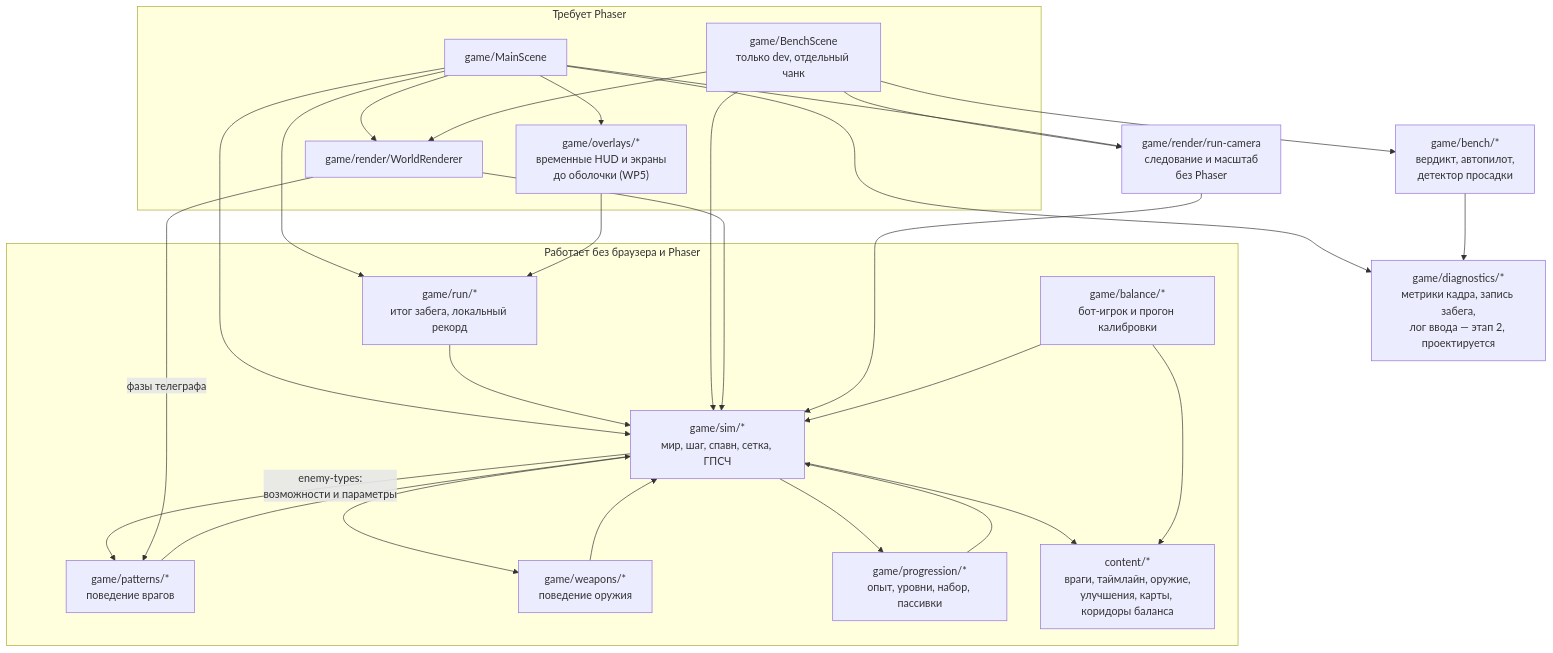
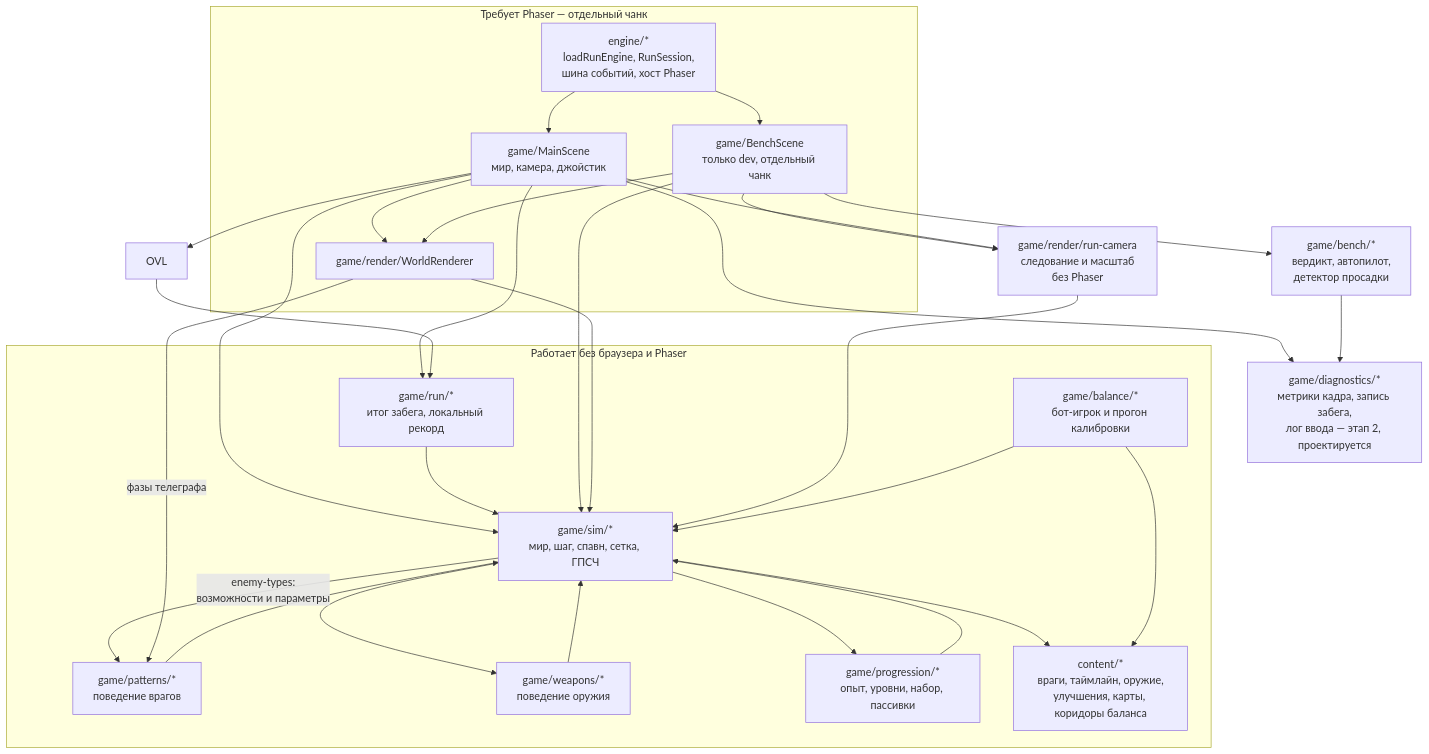
Before and after one commit to JJSGxKD/rubezh: the sixth of 18 diagrams in docs/21-diagrams.md, drawn with Mermaid. The commit also changed other lines of this file and 100 other files, not shown here.

````diff
--- a/docs/21-diagrams.md
+++ b/docs/21-diagrams.md
@@ -407,50 +412,52 @@
 ```mermaid
 flowchart TD
     subgraph headless["Работает без браузера и Phaser"]
         SIM["game/sim/*<br/>мир, шаг, спавн, сетка, ГПСЧ"]
         PAT["game/patterns/*<br/>поведение врагов"]
         WPN["game/weapons/*<br/>поведение оружия"]
         PRG["game/progression/*<br/>опыт, уровни, набор, пассивки"]
         RUN["game/run/*<br/>итог забега, локальный рекорд"]
         BAL["game/balance/*<br/>бот-игрок и прогон калибровки"]
         CNT["content/*<br/>враги, таймлайн, оружие,<br/>улучшения, карты, коридоры баланса"]
     end
 
-    subgraph rendered["Требует Phaser"]
-        MS["game/MainScene"]
-        OVL["game/overlays/*<br/>временные HUD и экраны<br/>до оболочки (WP5)"]
+    subgraph rendered["Требует Phaser — отдельный чанк"]
+        ENG["engine/*<br/>loadRunEngine, RunSession,<br/>шина событий, хост Phaser"]
+        MS["game/MainScene<br/>мир, камера, джойстик"]
         BS["game/BenchScene<br/>только dev, отдельный чанк"]
         WR["game/render/WorldRenderer"]
     end
 
     RC["game/render/run-camera<br/>следование и масштаб<br/>без Phaser"]
 
     BM["game/bench/*<br/>вердикт, автопилот,<br/>детектор просадки"]
     DG["game/diagnostics/*<br/>метрики кадра, запись забега,<br/>лог ввода — этап 2, проектируется"]
 
     PAT --> SIM
     SIM -- "enemy-types:<br/>возможности и параметры" --> PAT
     WPN --> SIM
     PRG --> SIM
     SIM --> WPN
     SIM --> PRG
     SIM --> CNT
     WR -- "фазы телеграфа" --> PAT
     MS --> SIM
     MS --> WR
     MS --> DG
     MS --> RUN
     MS --> OVL
     RUN --> SIM
     OVL --> RUN
     BS --> SIM
     BS --> WR
     BS --> BM
     BS --> RC
     BM --> DG
     WR --> SIM
     MS --> RC
     RC --> SIM
     BAL --> SIM
     BAL --> CNT
+    ENG --> MS
+    ENG --> BS
 ```
````
